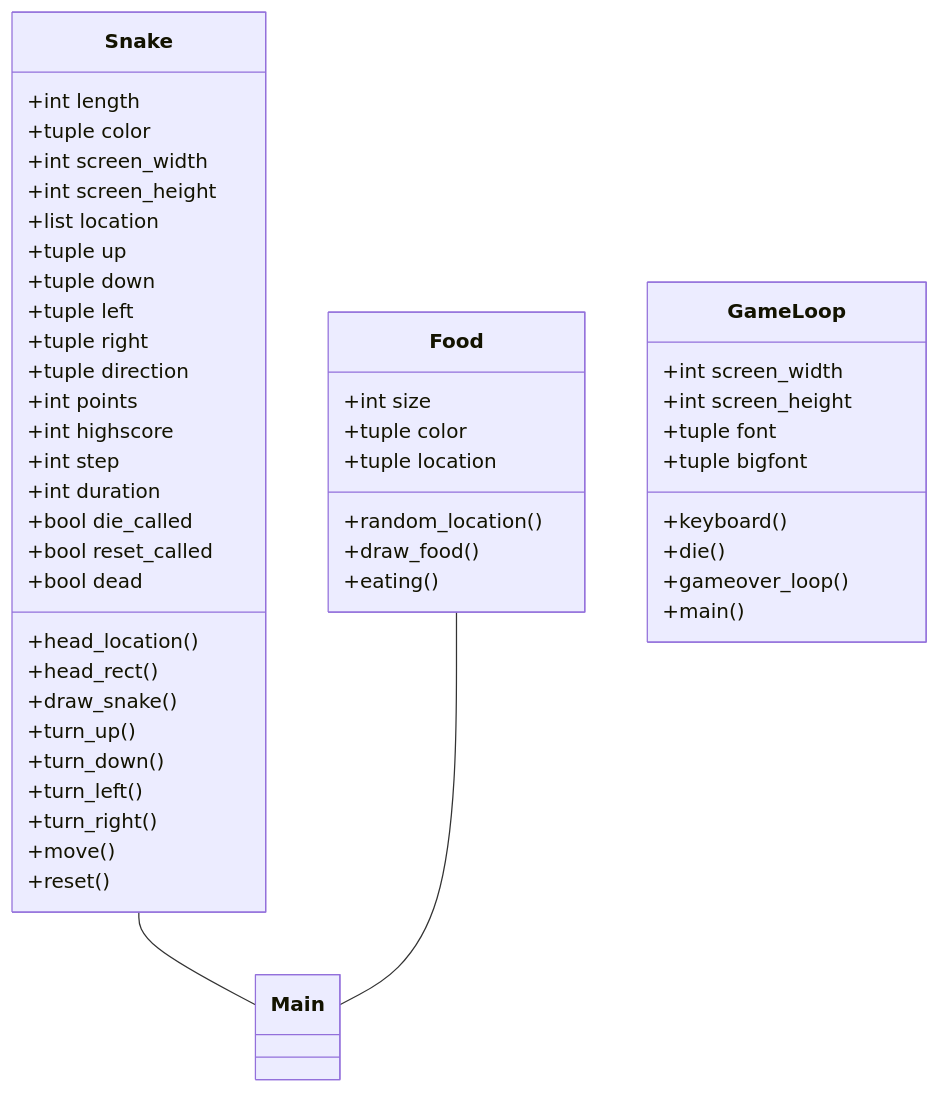
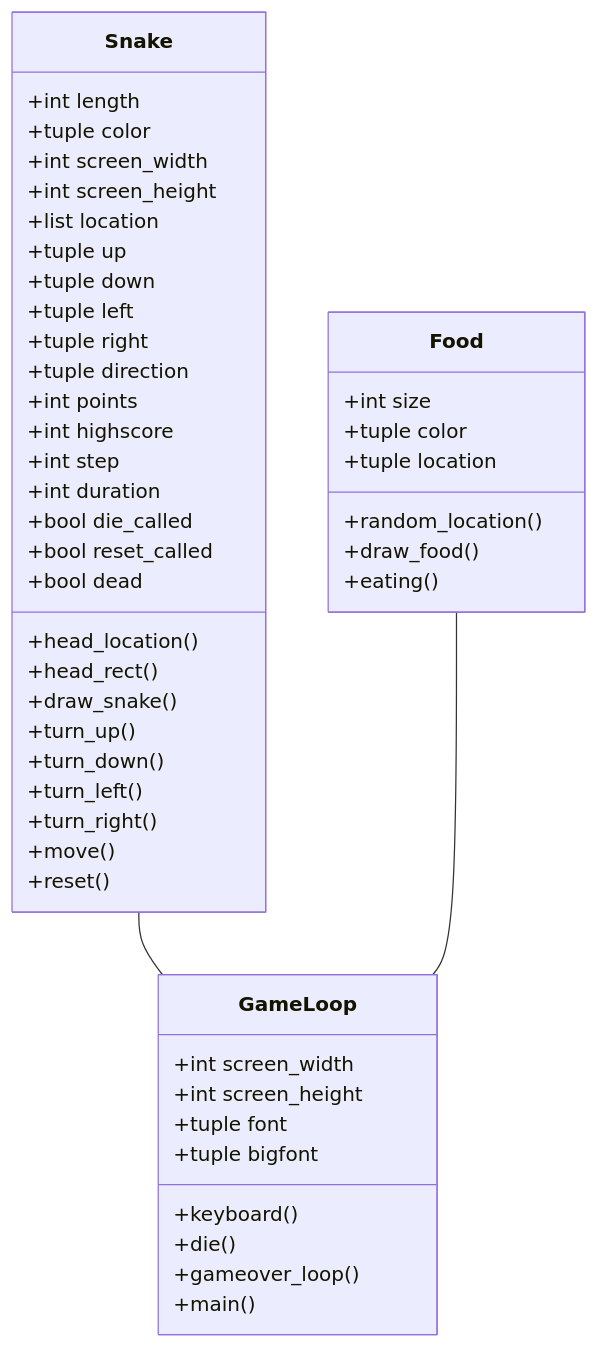
The first of 3 diagrams in dokumentaatio/arkkitehtuuri.md (lottapispa/ot-harjoitystyo), drawn with Mermaid before and after one commit.

````diff
--- a/dokumentaatio/arkkitehtuuri.md
+++ b/dokumentaatio/arkkitehtuuri.md
@@ -6,51 +6,51 @@
 ```mermaid
 classDiagram
-    Snake -- Main
-    Food -- Main
+    Snake -- GameLoop
+    Food -- GameLoop
     class Snake{
         +int length
         +tuple color
         +int screen_width
         +int screen_height
         +list location
         +tuple up
         +tuple down
         +tuple left
         +tuple right
         +tuple direction
         +int points
         +int highscore
         +int step
         +int duration
         +bool die_called
         +bool reset_called
         +bool dead
         +head_location()
         +head_rect()
         +draw_snake()
         +turn_up()
         +turn_down()
         +turn_left()
         +turn_right()
         +move()
         +reset()
     }
     class Food{
         +int size
         +tuple color
         +tuple location
         +random_location()
         +draw_food()
         +eating()
     }
     class GameLoop{
         +int screen_width
         +int screen_height
         +tuple font
         +tuple bigfont
         +keyboard()
         +die()
         +gameover_loop()
         +main()
     }
 ```
````
